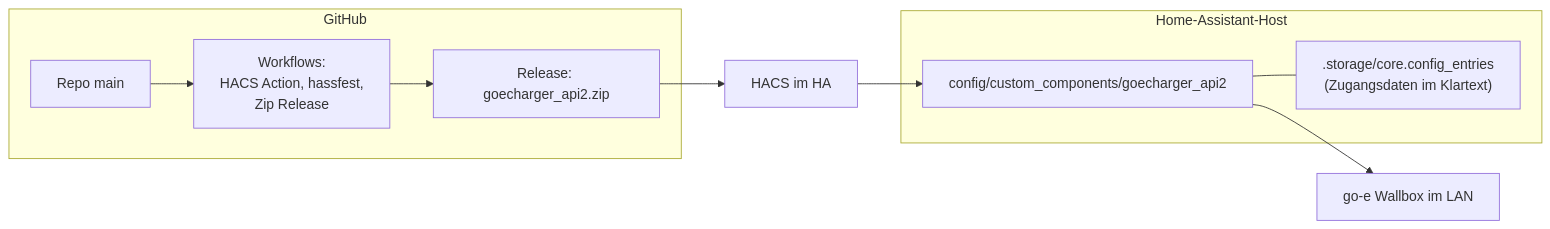
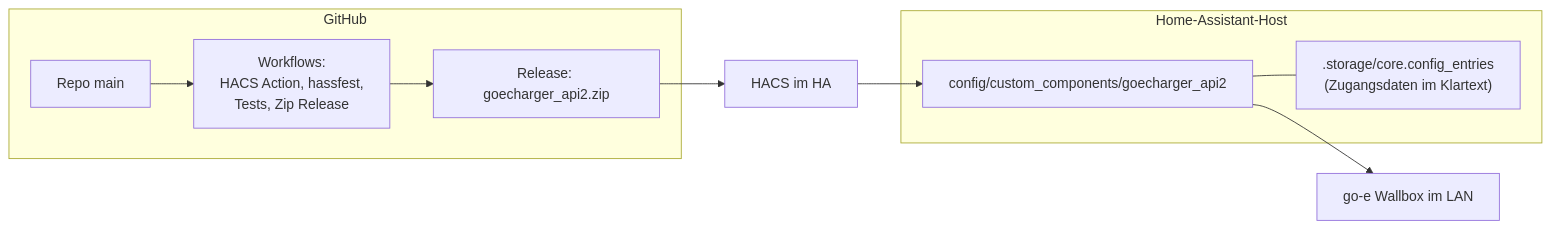
One commit to marq24/ha-goecharger-api2 changed the fourth of 4 diagrams in docs/quality/arc42-ha-goecharger-api2.md. Above: the diagram before and after it, drawn with Mermaid. The commit also changed other lines of this file and 2 other files, not shown here.

Commit message:
docs: record the configid decision (E10), update risk status and test numbers, tests live in this repository now (#181)

````diff
--- a/docs/quality/arc42-ha-goecharger-api2.md
+++ b/docs/quality/arc42-ha-goecharger-api2.md
@@ -305,17 +305,17 @@
 ```mermaid
 flowchart LR
     subgraph GH[GitHub]
         Repo[Repo main]
-        CI["Workflows:<br/>HACS Action, hassfest,<br/>Zip Release"]
+        CI["Workflows:<br/>HACS Action, hassfest,<br/>Tests, Zip Release"]
         Rel[Release: goecharger_api2.zip]
     end
     HACS[HACS im HA]
     subgraph Host["Home-Assistant-Host"]
         CC["config/custom_components/goecharger_api2"]
         Store[".storage/core.config_entries<br/>(Zugangsdaten im Klartext)"]
     end
     Dev["go-e Wallbox im LAN"]
     Repo --> CI --> Rel --> HACS --> CC
     CC --- Store
     CC --> Dev
 ```
````
